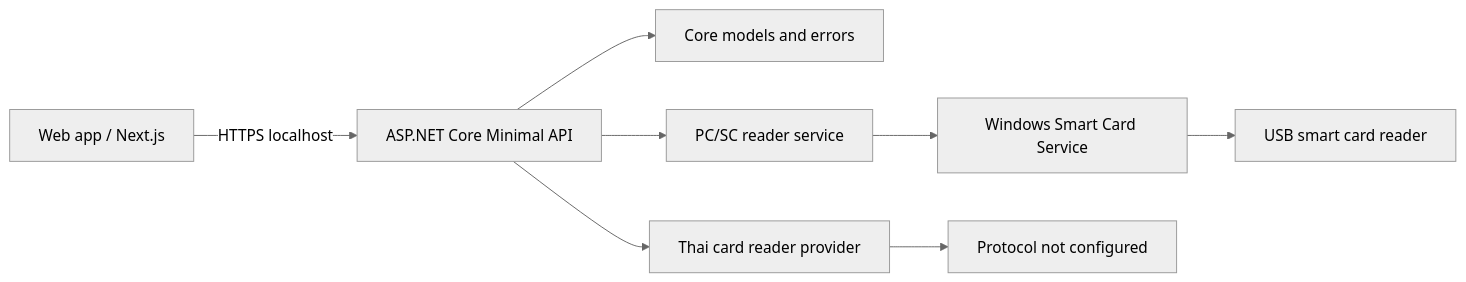
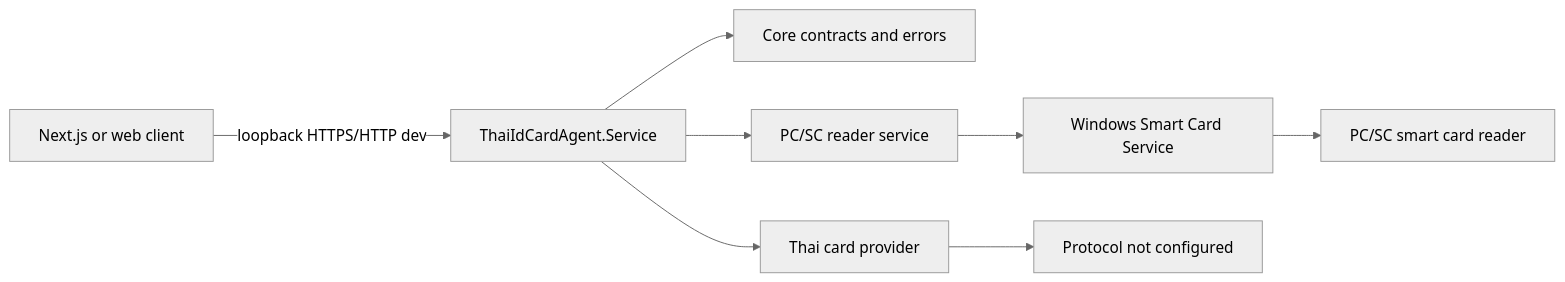
One commit to Chaimongkon/ThaiIdCardAgent changed the diagram in README.md. Above: the diagram before and after it, drawn with Mermaid (neutral theme). The commit also changed other lines of this file and 12 other files, not shown here.

````diff
--- a/README.md
+++ b/README.md
@@ -5,10 +5,10 @@
 ```mermaid
 flowchart LR
-    Web[Web app / Next.js] -->|HTTPS localhost| Api[ASP.NET Core Minimal API]
-    Api --> Core[Core models and errors]
+    Web[Next.js or web client] -->|loopback HTTPS/HTTP dev| Api[ThaiIdCardAgent.Service]
+    Api --> Core[Core contracts and errors]
     Api --> Pcsc[PC/SC reader service]
     Pcsc --> Win[Windows Smart Card Service]
-    Win --> Reader[USB smart card reader]
-    Api --> Thai[Thai card reader provider]
+    Win --> Reader[PC/SC smart card reader]
+    Api --> Thai[Thai card provider]
     Thai --> NotConfigured[Protocol not configured]
 ```
````
